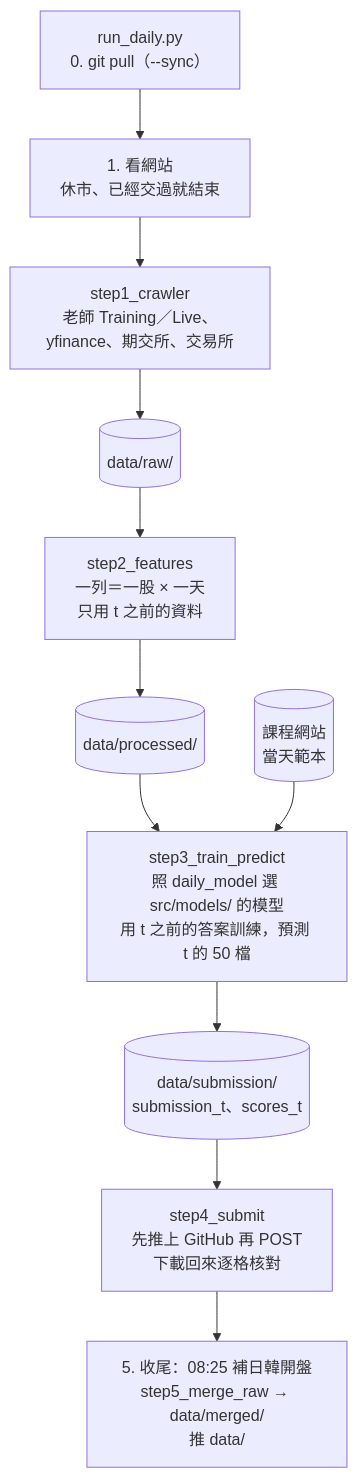
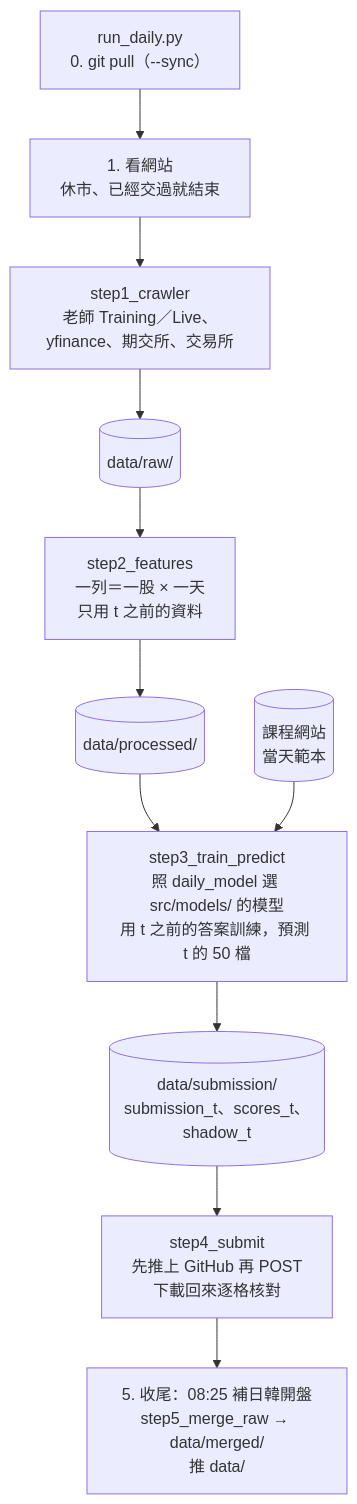
One commit to jiangjiangian/ml-final-2026-fall changed the diagram in memory/context/pipeline.md. Above: the diagram before and after it, drawn with Mermaid. The commit also changed other lines of this file and 7 other files, not shown here.

````diff
--- a/memory/context/pipeline.md
+++ b/memory/context/pipeline.md
@@ -7,13 +7,13 @@
 ```mermaid
 flowchart TD
   Z["run_daily.py<br/>0. git pull（--sync）"] --> A["1. 看網站<br/>休市、已經交過就結束"]
   A --> B["step1_crawler<br/>老師 Training／Live、yfinance、期交所、交易所"]
   B --> R[("data/raw/")]
   R --> C["step2_features<br/>一列＝一股 × 一天<br/>只用 t 之前的資料"]
   C --> P[("data/processed/")]
   P --> D["step3_train_predict<br/>照 daily_model 選 src/models/ 的模型<br/>用 t 之前的答案訓練，預測 t 的 50 檔"]
-  D --> S[("data/submission/<br/>submission_t、scores_t")]
+  D --> S[("data/submission/<br/>submission_t、scores_t、shadow_t")]
   T[("課程網站<br/>當天範本")] --> D
   S --> F["step4_submit<br/>先推上 GitHub 再 POST<br/>下載回來逐格核對"]
   F --> G["5. 收尾：08:25 補日韓開盤<br/>step5_merge_raw → data/merged/<br/>推 data/"]
 ```
````
